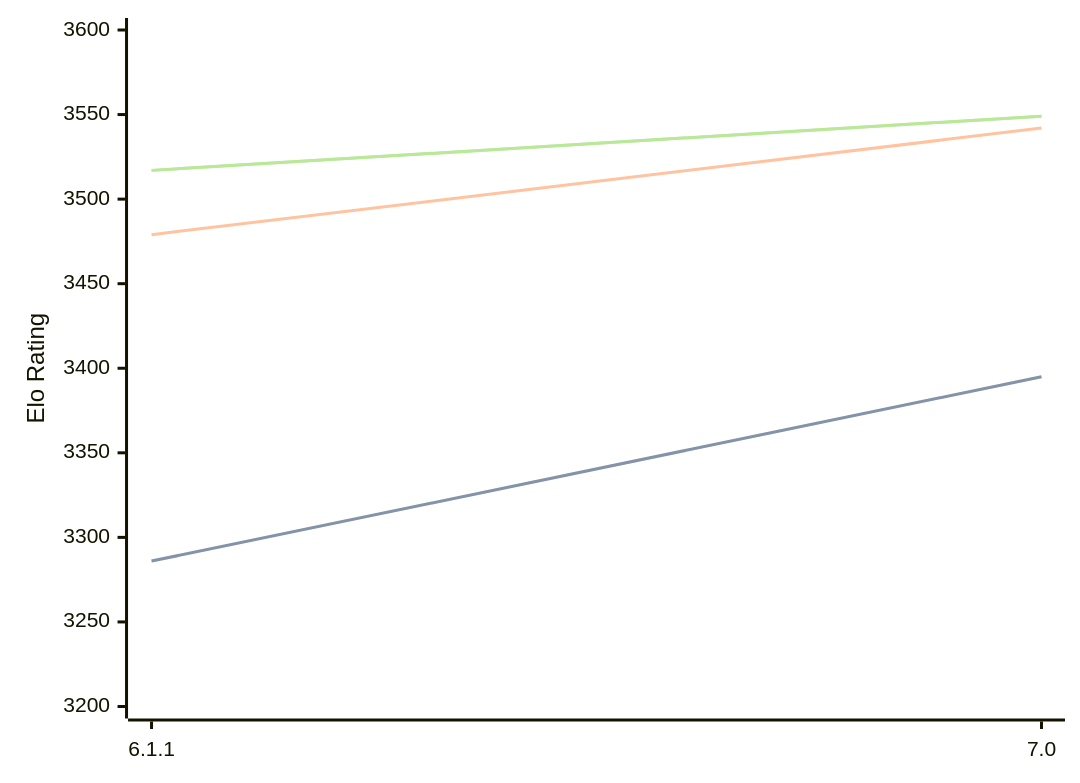
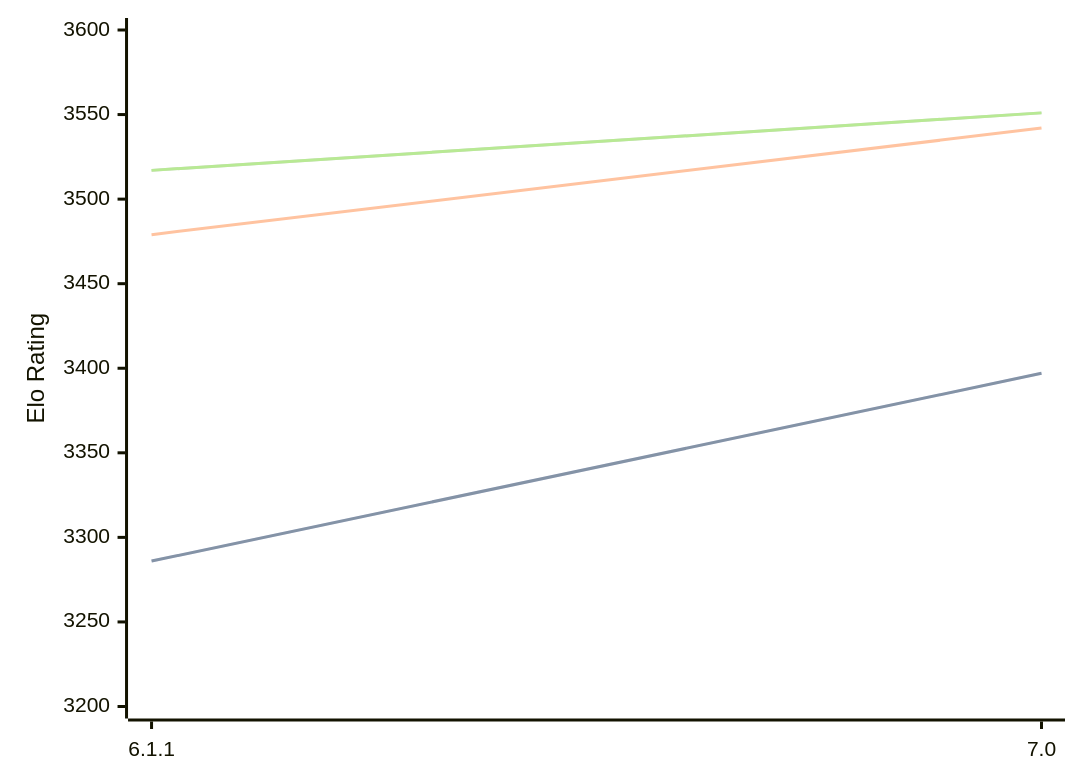
Before and after one commit to computer-chess-index/cci: the diagram in engines/Astra.md, drawn with Mermaid. The commit also changed other lines of this file, not shown here.

Commit message:
Update CCI Ratings (ELO VLTC) - 2026-09-09

````diff
--- a/engines/Astra.md
+++ b/engines/Astra.md
@@ -32,11 +32,11 @@
 ```mermaid
 %%{init: {"theme":"base","themeVariables":{"seriesColors:['#a3a3a3','#222221','#faa371']}}}%%
 xychart-beta
   x-axis ["6.1.1", "7.0"]
   y-axis "Elo Rating" 3200 --> 3600
-  line "" [3286, 3395]
-  line "STC (8.0+0.08s)" [3286, 3395]
+  line "" [3286, 3397]
+  line "STC (8.0+0.08s)" [3286, 3397]
   line "LTC (60.0+0.60s)" [3479, 3542]
-  line "" [3517, 3549]
-  line "VLTC (2m24s+1.12s)" [3517, 3549]
+  line "" [3517, 3551]
+  line "VLTC (2m24s+1.12s)" [3517, 3551]
 ```
````
